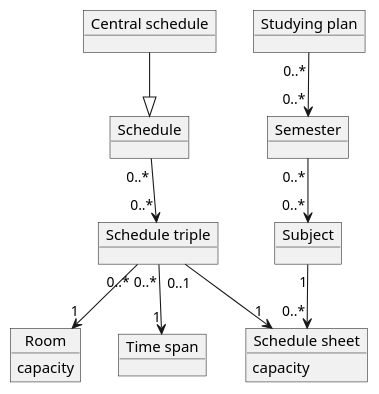
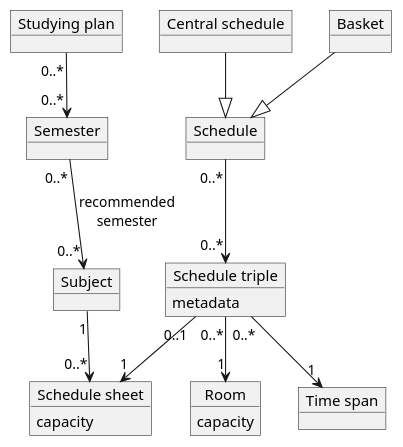
The first of 12 diagrams in 1/seminar-work.md (schafric/MFF-NSWI041), drawn with PlantUML before and after one commit. The commit also changed other lines of this file, not shown here.

Commit message:
Additions to class diagram

````diff
--- a/1/seminar-work.md
+++ b/1/seminar-work.md
@@ -41,27 +41,30 @@
 ```plantuml
 @startuml
 object Subject
 object Room
 object "Studying plan" as StudyingPlan
 object Semester
 object "Schedule sheet" as ScheduleSheet
 object "Schedule triple" as ScheduleTriple
 object Schedule
 object "Central schedule" as CentralSchedule
 object "Time span" as TimeSpan
+object Basket
 
 Room : capacity
 ScheduleSheet : capacity
+ScheduleTriple : metadata
 
 StudyingPlan "0..*" --> "0..*" Semester
-Semester "0..*" --> "0..*" Subject
+Semester "0..*" --> "0..*" Subject : "recommended\nsemester"
 CentralSchedule --|> Schedule
+Basket --|> Schedule
 Schedule "0..*" --> "0..*" ScheduleTriple
 ScheduleTriple "0..1" --> "1" ScheduleSheet
 ScheduleTriple "0..*" --> "1" Room
 ScheduleTriple "0..*" --> "1" TimeSpan
 Subject "1" --> "0..*" ScheduleSheet
 
 
 @enduml
 ```
````
